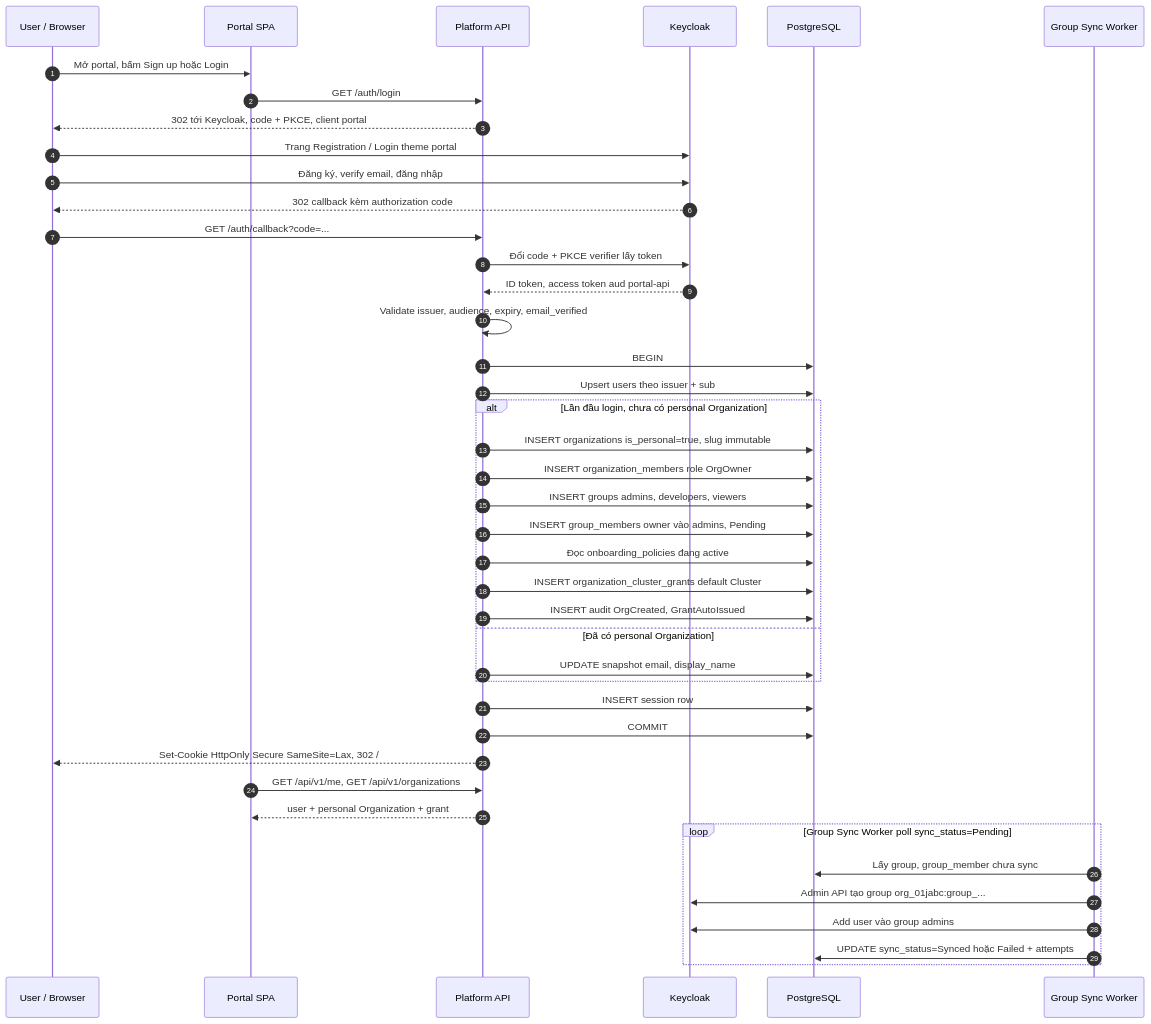
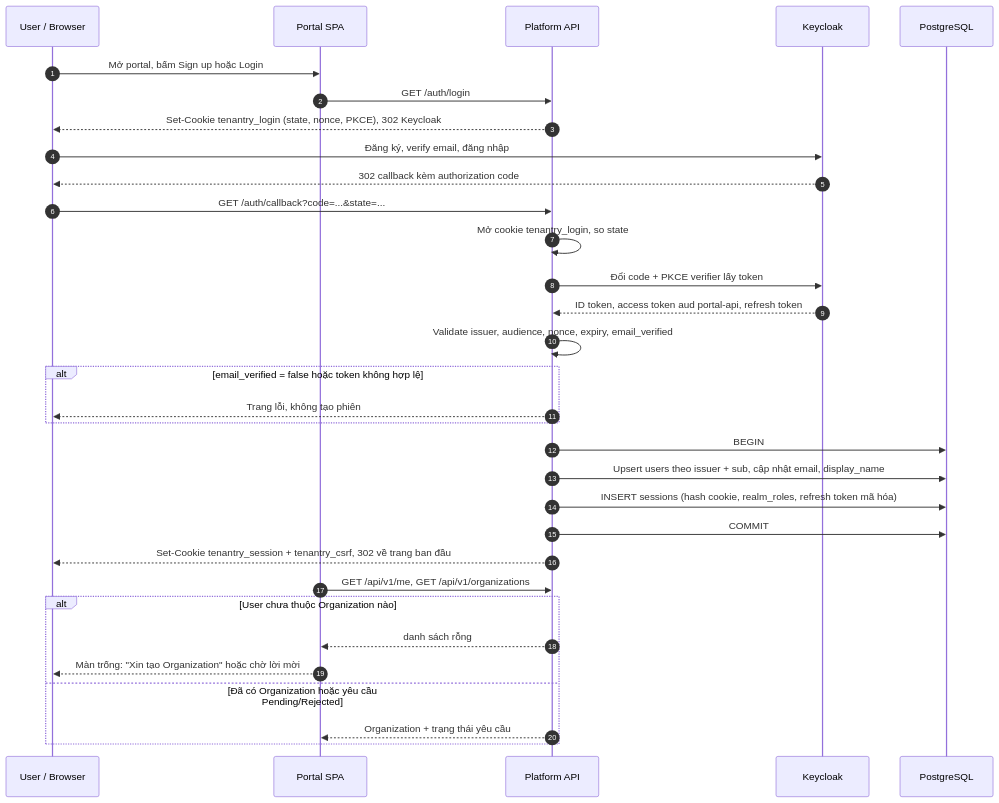
One commit to thaihoc1310/tenantry changed the first of 19 diagrams in docs/architecture/03-flows.md. Above: the diagram before and after it, drawn with Mermaid. The commit also changed other lines of this file and 12 other files, not shown here.

Commit message:
docs: single-source the docs, tie portal sessions to Keycloak, tombstone group sync

````diff
--- a/docs/architecture/03-flows.md
+++ b/docs/architecture/03-flows.md
@@ -38,45 +40,35 @@
 ```mermaid
 sequenceDiagram
   autonumber
   participant U as User / Browser
   participant SPA as Portal SPA
   participant API as Platform API
   participant KC as Keycloak
   participant DB as PostgreSQL
-  participant GS as Group Sync Worker
 
   U->>SPA: Mở portal, bấm Sign up hoặc Login
   SPA->>API: GET /auth/login
-  API-->>U: 302 tới Keycloak, code + PKCE, client portal
-  U->>KC: Trang Registration / Login theme portal
+  API-->>U: Set-Cookie tenantry_login (state, nonce, PKCE), 302 Keycloak
   U->>KC: Đăng ký, verify email, đăng nhập
   KC-->>U: 302 callback kèm authorization code
-  U->>API: GET /auth/callback?code=...
+  U->>API: GET /auth/callback?code=...&state=...
+  API->>API: Mở cookie tenantry_login, so state
   API->>KC: Đổi code + PKCE verifier lấy token
-  KC-->>API: ID token, access token aud portal-api
-  API->>API: Validate issuer, audience, expiry, email_verified
+  KC-->>API: ID token, access token aud portal-api, refresh token
+  API->>API: Validate issuer, audience, nonce, expiry, email_verified
+  alt email_verified = false hoặc token không hợp lệ
+    API-->>U: Trang lỗi, không tạo phiên
+  end
   API->>DB: BEGIN
-  API->>DB: Upsert users theo issuer + sub
-  alt Lần đầu login, chưa có personal Organization
-    API->>DB: INSERT organizations is_personal=true, slug immutable
-    API->>DB: INSERT organization_members role OrgOwner
-    API->>DB: INSERT groups admins, developers, viewers
-    API->>DB: INSERT group_members owner vào admins, Pending
-    API->>DB: Đọc onboarding_policies đang active
-    API->>DB: INSERT organization_cluster_grants default Cluster
-    API->>DB: INSERT audit OrgCreated, GrantAutoIssued
-  else Đã có personal Organization
-    API->>DB: UPDATE snapshot email, display_name
-  end
-  API->>DB: INSERT session row
+  API->>DB: Upsert users theo issuer + sub, cập nhật email, display_name
+  API->>DB: INSERT sessions (hash cookie, realm_roles, refresh token mã hóa)
   API->>DB: COMMIT
-  API-->>U: Set-Cookie HttpOnly Secure SameSite=Lax, 302 /
+  API-->>U: Set-Cookie tenantry_session + tenantry_csrf, 302 về trang ban đầu
   SPA->>API: GET /api/v1/me, GET /api/v1/organizations
-  API-->>SPA: user + personal Organization + grant
-  loop Group Sync Worker poll sync_status=Pending
-    GS->>DB: Lấy group, group_member chưa sync
-    GS->>KC: Admin API tạo group org_01jabc:group_...
-    GS->>KC: Add user vào group admins
-    GS->>DB: UPDATE sync_status=Synced hoặc Failed + attempts
+  alt User chưa thuộc Organization nào
+    API-->>SPA: danh sách rỗng
+    SPA-->>U: Màn trống: "Xin tạo Organization" hoặc chờ lời mời
+  else Đã có Organization hoặc yêu cầu Pending/Rejected
+    API-->>SPA: Organization + trạng thái yêu cầu
   end
 ```
````
